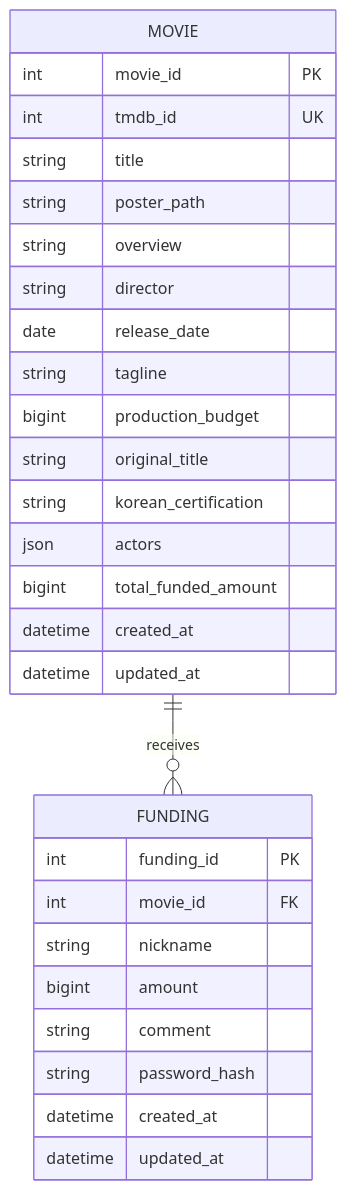
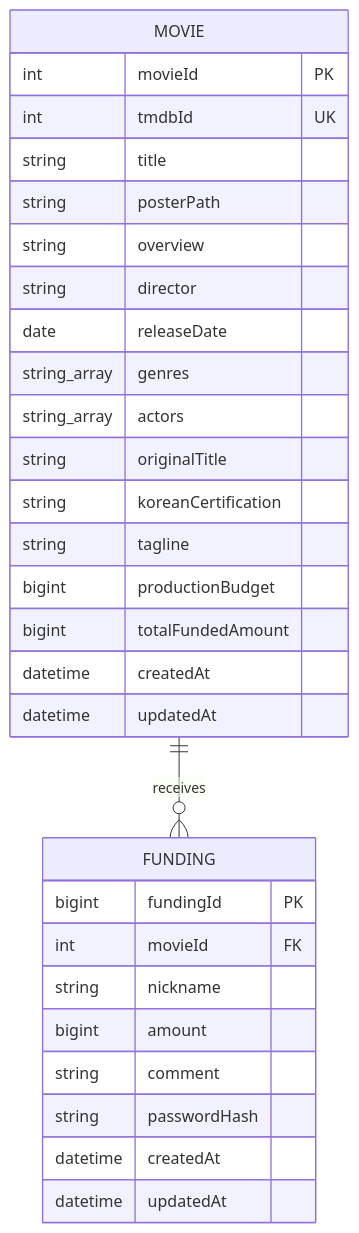
The diagram in docs/DATABASE_SCHEMA.md (Sprint-project-1/cine-fund), drawn with Mermaid before and after one commit. The commit also changed other lines of this file and 11 other files, not shown here.

````diff
--- a/docs/DATABASE_SCHEMA.md
+++ b/docs/DATABASE_SCHEMA.md
@@ -7,31 +7,32 @@
 ```mermaid
 erDiagram
   MOVIE ||--o{ FUNDING : receives
   MOVIE {
-    int movie_id PK
-    int tmdb_id UK
+    int movieId PK
+    int tmdbId UK
     string title
-    string poster_path
+    string posterPath
     string overview
     string director
-    date release_date
+    date releaseDate
+    string_array genres
+    string_array actors
+    string originalTitle
+    string koreanCertification
     string tagline
-    bigint production_budget
-    string original_title
-    string korean_certification
-    json actors
-    bigint total_funded_amount
-    datetime created_at
-    datetime updated_at
+    bigint productionBudget
+    bigint totalFundedAmount
+    datetime createdAt
+    datetime updatedAt
   }
   FUNDING {
-    int funding_id PK
-    int movie_id FK
+    bigint fundingId PK
+    int movieId FK
     string nickname
     bigint amount
     string comment
-    string password_hash
-    datetime created_at
-    datetime updated_at
+    string passwordHash
+    datetime createdAt
+    datetime updatedAt
   }
 ```
````
